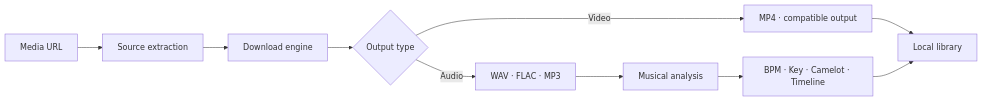
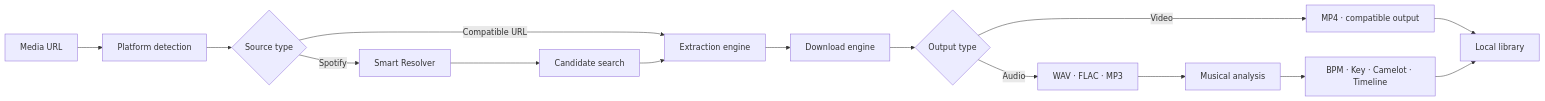
One commit to Nikolai-coder/diavlo-wav-releases changed the second of 2 diagrams in README.md. Above: the diagram before and after it, drawn with Mermaid. The commit also changed other lines of this file, not shown here.

````diff
--- a/README.md
+++ b/README.md
@@ -485,12 +843,17 @@
 ```mermaid
 flowchart LR
-    A[Media URL] --> B[Source extraction]
-    B --> C[Download engine]
-    C --> D{Output type}
-    D -->|Audio| E[WAV · FLAC · MP3]
-    D -->|Video| F[MP4 · compatible output]
-    E --> G[Musical analysis]
-    F --> H[Local library]
-    G --> I[BPM · Key · Camelot · Timeline]
-    I --> H
+    A[Media URL] --> B[Platform detection]
+    B --> C{Source type}
+    C -->|Compatible URL| D[Extraction engine]
+    C -->|Spotify| E[Smart Resolver]
+    E --> F[Candidate search]
+    F --> D
+    D --> G[Download engine]
+    G --> H{Output type}
+    H -->|Audio| I[WAV · FLAC · MP3]
+    H -->|Video| J[MP4 · compatible output]
+    I --> K[Musical analysis]
+    J --> L[Local library]
+    K --> M[BPM · Key · Camelot · Timeline]
+    M --> L
 ```
````
